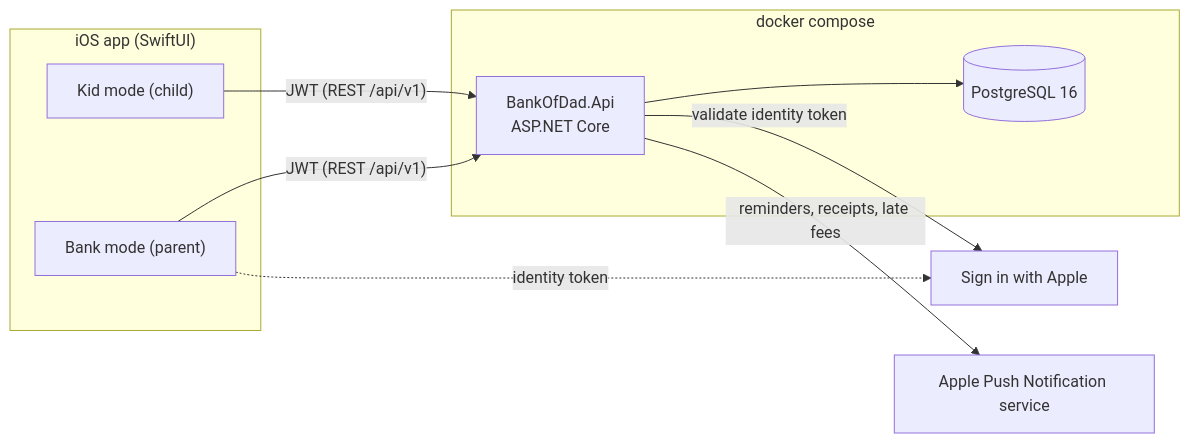
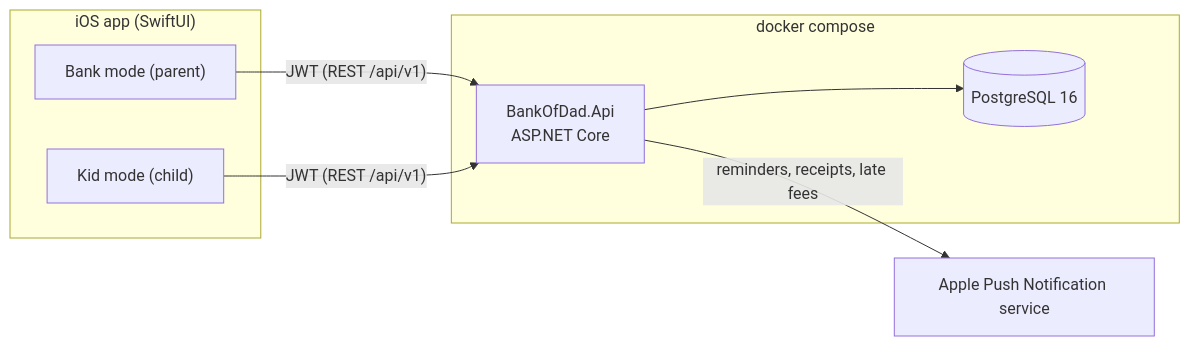
Before and after one commit to jpapiez/BankOfDad: the diagram in README.md, drawn with Mermaid. The commit also changed other lines of this file and 34 other files, not shown here.

First line of the commit message:
Remove Sign in with Apple (#31)

````diff
--- a/README.md
+++ b/README.md
@@ -11,20 +11,17 @@
 ```mermaid
 flowchart LR
   subgraph iOS["iOS app (SwiftUI)"]
     Bank["Bank mode (parent)"]
     Kid["Kid mode (child)"]
   end
   subgraph Docker["docker compose"]
     API["BankOfDad.Api<br/>ASP.NET Core"]
     DB[("PostgreSQL 16")]
   end
-  Apple["Sign in with Apple"]
   APNs["Apple Push Notification service"]
 
   Bank -- "JWT (REST /api/v1)" --> API
   Kid -- "JWT (REST /api/v1)" --> API
-  Bank -. "identity token" .-> Apple
-  API -- "validate identity token" --> Apple
   API --> DB
   API -- "reminders, receipts, late fees" --> APNs
 ```
````
